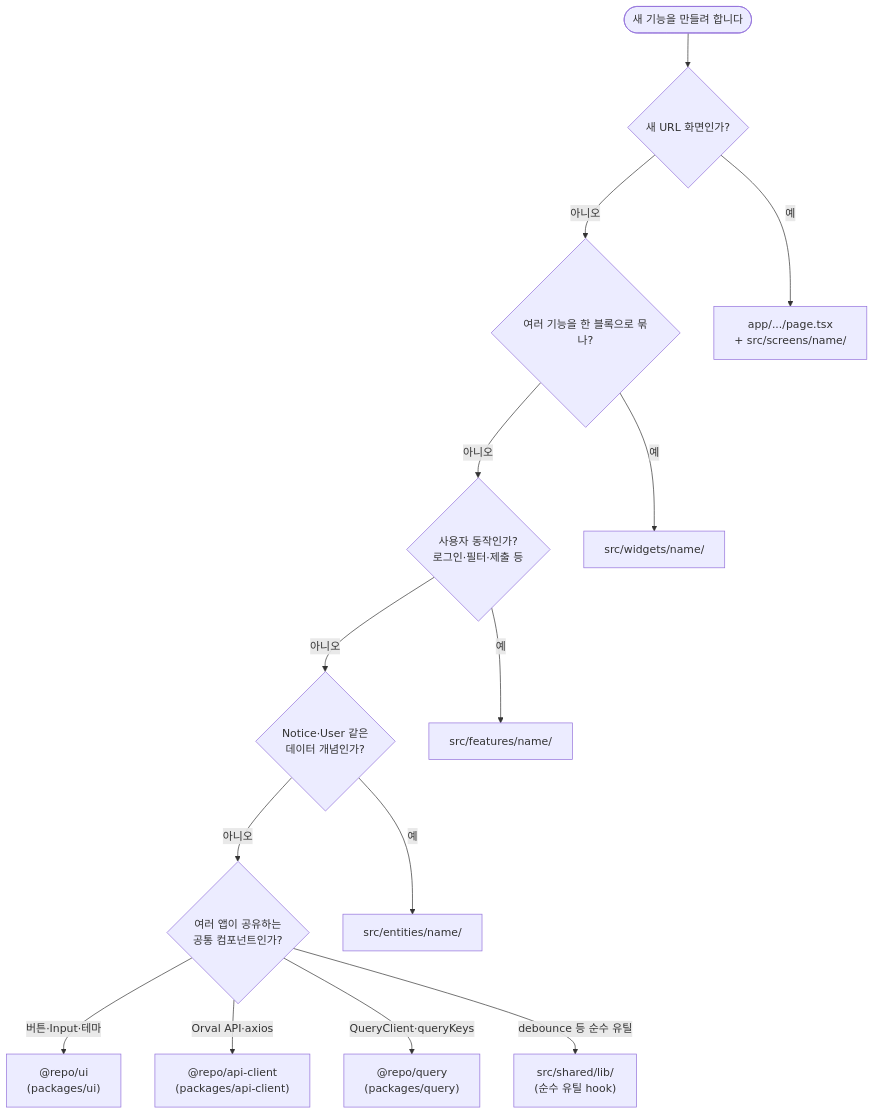
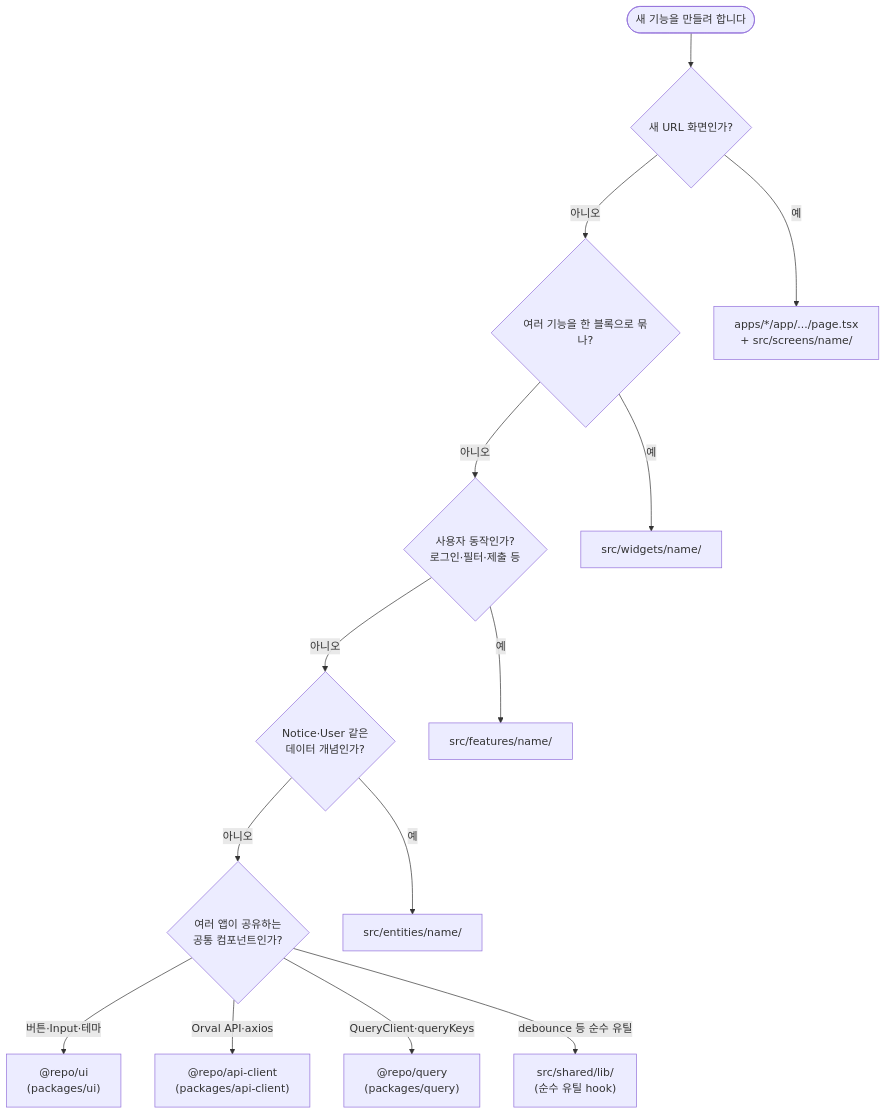
The second of 2 diagrams in README.md (jyeon3883/sample), drawn with Mermaid before and after one commit. The commit also changed other lines of this file and 101 other files, not shown here.

````diff
--- a/README.md
+++ b/README.md
@@ -1172,32 +1186,32 @@
 ```mermaid
 flowchart TD
     start([새 기능을 만들려 합니다])
     q1{새 URL 화면인가?}
     q2{여러 기능을 한 블록으로 묶나?}
     q3{사용자 동작인가?\n로그인·필터·제출 등}
     q4{Notice·User 같은\n데이터 개념인가?}
     q5{여러 앱이 공유하는\n공통 컴포넌트인가?}
 
-    answerScreen["app/.../page.tsx\n+ src/screens/name/"]
+    answerScreen["apps/*/app/.../page.tsx\n+ src/screens/name/"]
     answerWidget["src/widgets/name/"]
     answerFeature["src/features/name/"]
     answerEntity["src/entities/name/"]
     answerUI["@repo/ui\n(packages/ui)"]
     answerAPI["@repo/api-client\n(packages/api-client)"]
     answerQuery["@repo/query\n(packages/query)"]
     answerShared["src/shared/lib/\n(순수 유틸 hook)"]
 
     start --> q1
     q1 -->|예| answerScreen
     q1 -->|아니오| q2
     q2 -->|예| answerWidget
     q2 -->|아니오| q3
     q3 -->|예| answerFeature
     q3 -->|아니오| q4
     q4 -->|예| answerEntity
     q4 -->|아니오| q5
     q5 -->|버튼·Input·테마| answerUI
     q5 -->|Orval API·axios| answerAPI
     q5 -->|QueryClient·queryKeys| answerQuery
     q5 -->|debounce 등 순수 유틸| answerShared
 ```
````
